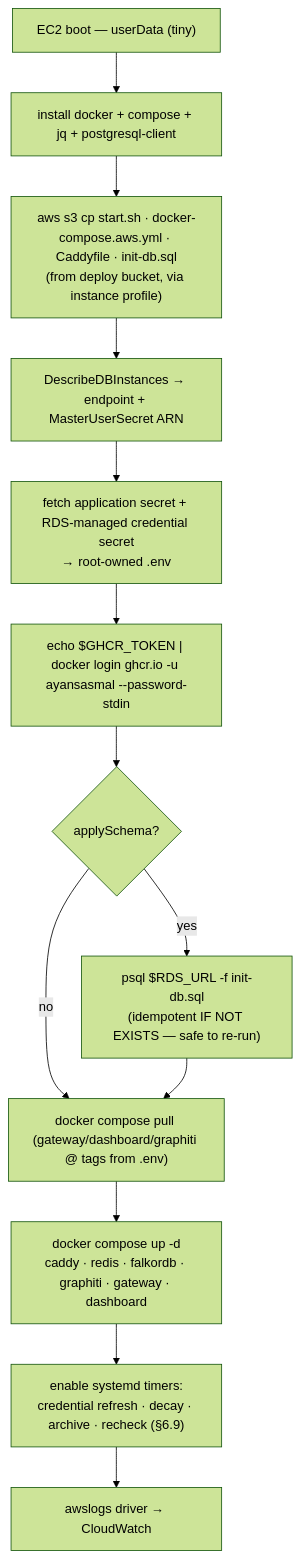
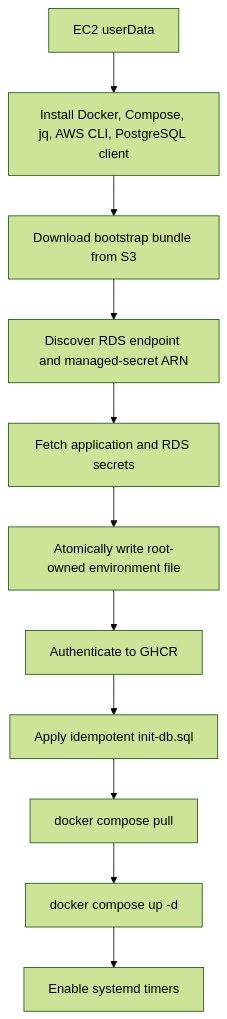
Before and after one commit to ayansasmal/quorum: the second of 2 diagrams in docs/superpowers/specs/2026-06-11-quorum-aws-crossplane-deployment-design.md, drawn with Mermaid (forest theme). The commit also changed other lines of this file and 4 other files, not shown here.

Commit message:
docs(aws): align crossplane deployment architecture

````diff
--- a/docs/superpowers/specs/2026-06-11-quorum-aws-crossplane-deployment-design.md
+++ b/docs/superpowers/specs/2026-06-11-quorum-aws-crossplane-deployment-design.md
@@ -377,15 +459,13 @@
 ```mermaid
 flowchart TD
-    A["EC2 boot — userData (tiny)"] --> B["install docker + compose + jq + postgresql-client"]
-    B --> C["aws s3 cp start.sh · docker-compose.aws.yml · Caddyfile · init-db.sql<br/>(from deploy bucket, via instance profile)"]
-    C --> D["DescribeDBInstances → endpoint + MasterUserSecret ARN"]
-    D --> E["fetch application secret + RDS-managed credential secret<br/>→ root-owned .env"]
-    E --> F["echo $GHCR_TOKEN | docker login ghcr.io -u ayansasmal --password-stdin"]
-    F --> G{"applySchema?"}
-    G -->|yes| H["psql $RDS_URL -f init-db.sql<br/>(idempotent IF NOT EXISTS — safe to re-run)"]
-    G -->|no| I
-    H --> I["docker compose pull (gateway/dashboard/graphiti @ tags from .env)"]
-    I --> J["docker compose up -d<br/>caddy · redis · falkordb · graphiti · gateway · dashboard"]
-    J --> K["enable systemd timers:<br/>credential refresh · decay · archive · recheck (§6.9)"]
-    K --> L["awslogs driver → CloudWatch"]
+    A["EC2 userData"] --> B["Install Docker, Compose, jq, AWS CLI, PostgreSQL client"]
+    B --> C["Download bootstrap bundle from S3"]
+    C --> D["Discover RDS endpoint and managed-secret ARN"]
+    D --> E["Fetch application and RDS secrets"]
+    E --> F["Atomically write root-owned environment file"]
+    F --> G["Authenticate to GHCR"]
+    G --> H["Apply idempotent init-db.sql"]
+    H --> I["docker compose pull"]
+    I --> J["docker compose up -d"]
+    J --> K["Enable systemd timers"]
 ```
````
